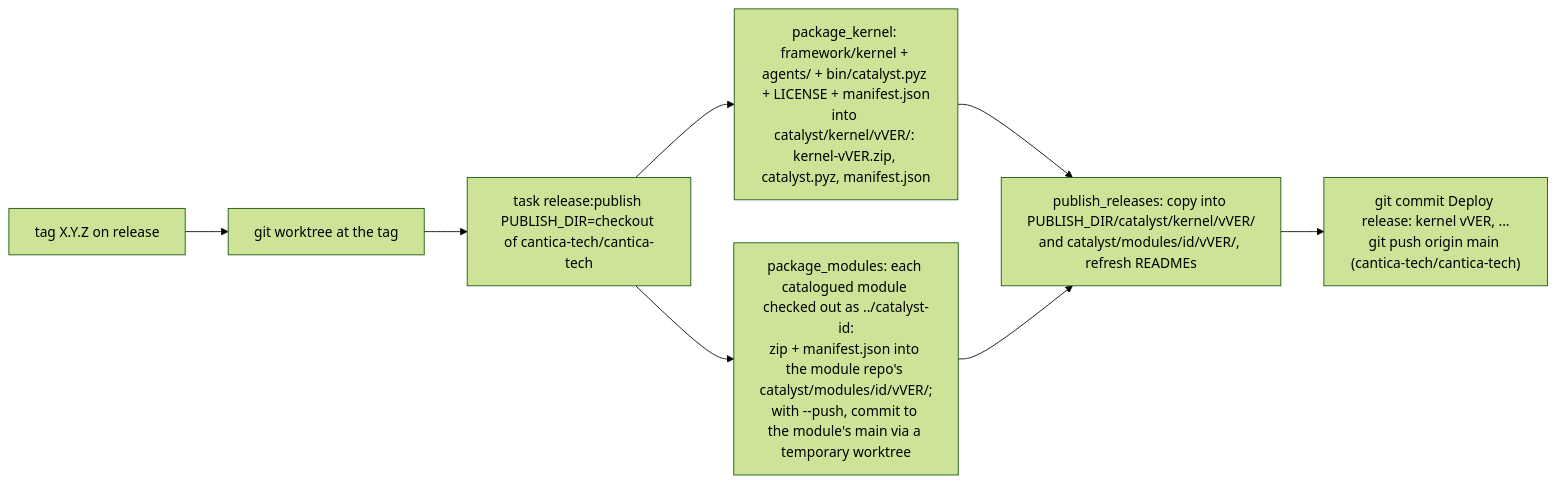
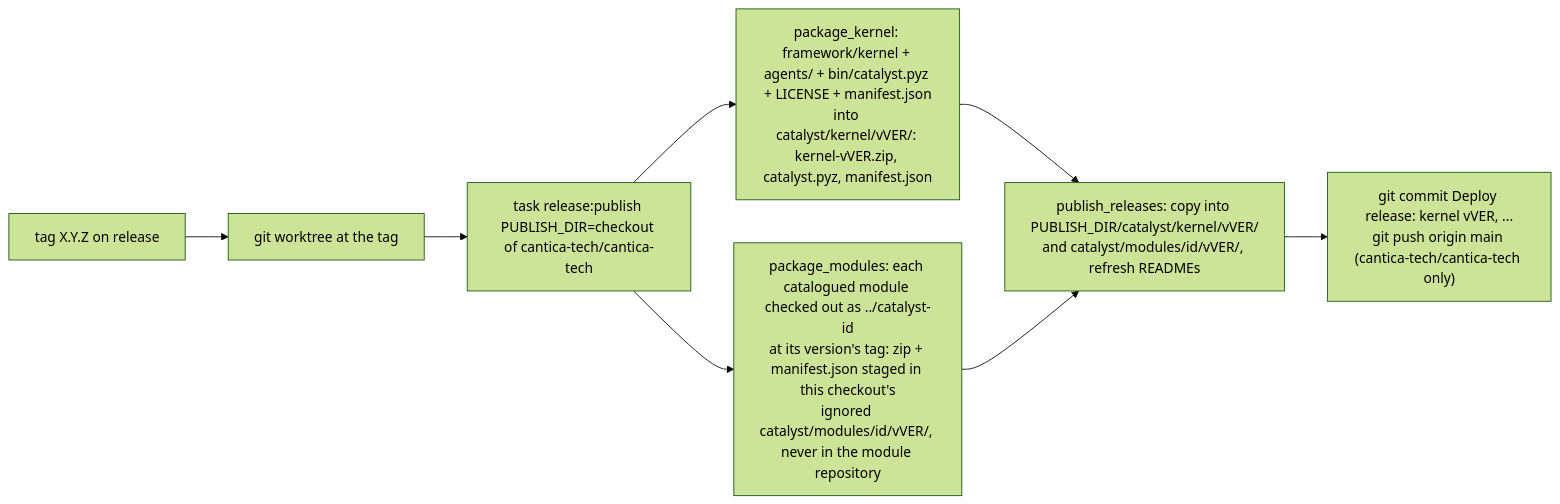
Diagram 31 of 32 in docs/guide/manual/10-architecture-kernel.md (cantica-tech/catalyst-docs), drawn with Mermaid (forest theme) before and after one commit. The commit also changed other lines of this file and 9 other files, not shown here.

````diff
--- a/docs/guide/manual/10-architecture-kernel.md
+++ b/docs/guide/manual/10-architecture-kernel.md
@@ -1297,10 +1299,10 @@
 ```mermaid
 flowchart LR
   T["tag X.Y.Z on release"] --> W["git worktree at the tag"]
   W --> P["task release:publish PUBLISH_DIR=checkout of cantica-tech/cantica-tech"]
-  P --> M["package_modules: each catalogued module checked out as ../catalyst-id:<br/>zip + manifest.json into the module repo's catalyst/modules/id/vVER/;<br/>with --push, commit to the module's main via a temporary worktree"]
+  P --> M["package_modules: each catalogued module checked out as ../catalyst-id<br/>at its version's tag: zip + manifest.json staged in this checkout's<br/>ignored catalyst/modules/id/vVER/, never in the module repository"]
   P --> K["package_kernel: framework/kernel + agents/ + bin/catalyst.pyz + LICENSE + manifest.json<br/>into catalyst/kernel/vVER/: kernel-vVER.zip, catalyst.pyz, manifest.json"]
   K --> D["publish_releases: copy into PUBLISH_DIR/catalyst/kernel/vVER/<br/>and catalyst/modules/id/vVER/, refresh READMEs"]
   M --> D
-  D --> G["git commit Deploy release: kernel vVER, ...<br/>git push origin main (cantica-tech/cantica-tech)"]
+  D --> G["git commit Deploy release: kernel vVER, ...<br/>git push origin main (cantica-tech/cantica-tech only)"]
 ```
````
